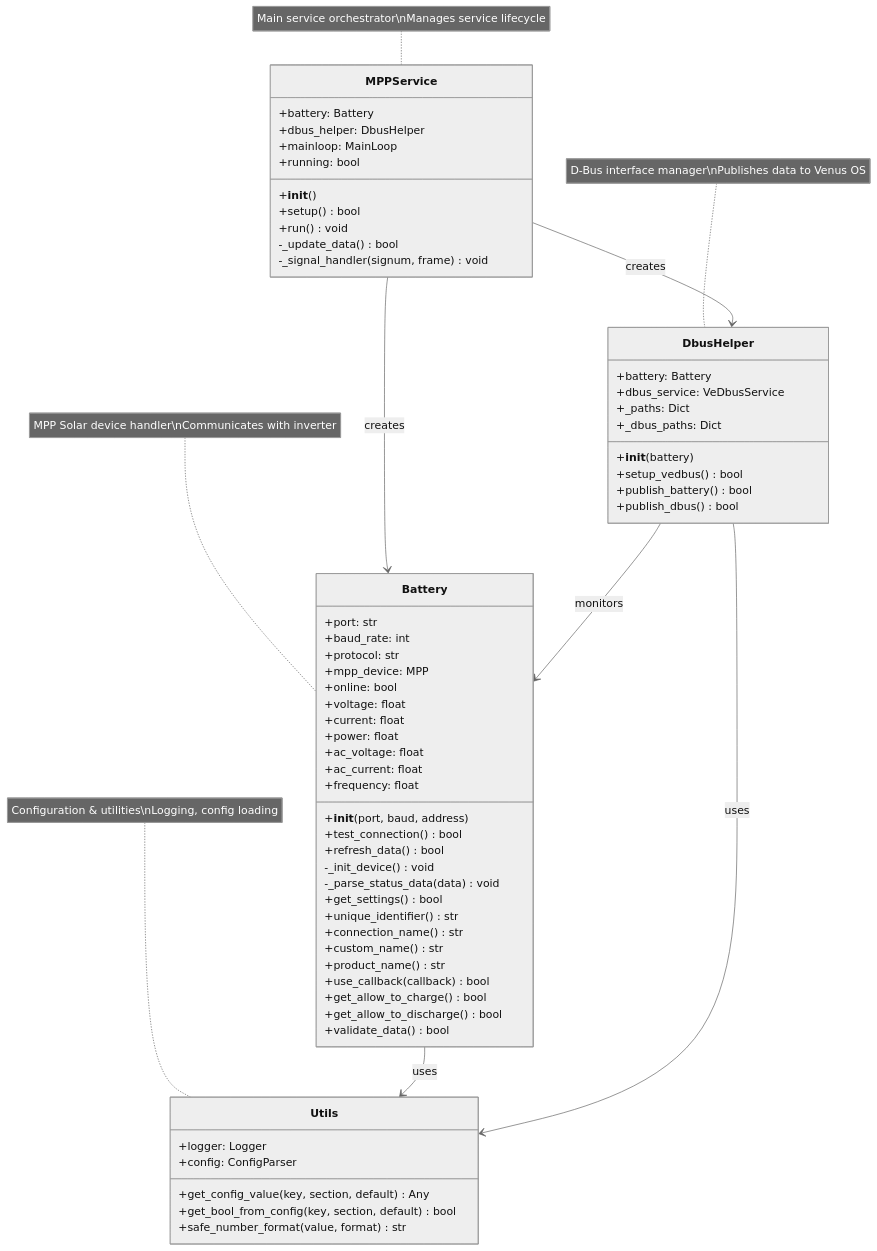
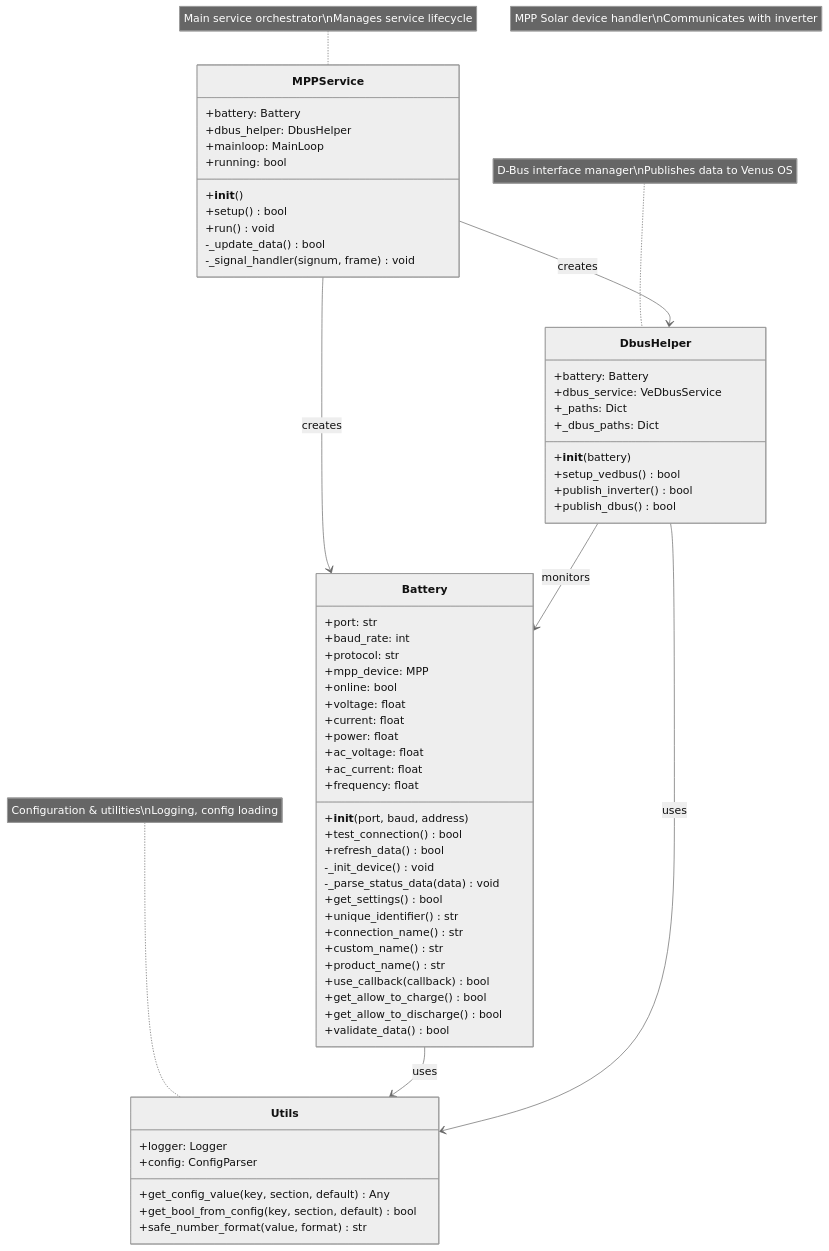
The first of 4 diagrams in README.md (spacecabbie/dbus-mppsolarv2), drawn with Mermaid (neutral theme) before and after one commit. The commit also changed other lines of this file and 13 other files, not shown here.

First line of the commit message:
feat: Complete MPP Solar Venus OS D-Bus service implementation

````diff
--- a/README.md
+++ b/README.md
@@ -575,72 +575,72 @@
 ```mermaid
 classDiagram
     class MPPService {
         +battery: Battery
         +dbus_helper: DbusHelper
         +mainloop: MainLoop
         +running: bool
         +__init__()
         +setup() bool
         +run() void
         -_update_data() bool
         -_signal_handler(signum, frame) void
     }
 
     class Battery {
         +port: str
         +baud_rate: int
         +protocol: str
         +mpp_device: MPP
         +online: bool
         +voltage: float
         +current: float
         +power: float
         +ac_voltage: float
         +ac_current: float
         +frequency: float
         +__init__(port, baud, address)
         +test_connection() bool
         +refresh_data() bool
         -_init_device() void
         -_parse_status_data(data) void
         +get_settings() bool
         +unique_identifier() str
         +connection_name() str
         +custom_name() str
         +product_name() str
         +use_callback(callback) bool
         +get_allow_to_charge() bool
         +get_allow_to_discharge() bool
         +validate_data() bool
     }
 
     class DbusHelper {
         +battery: Battery
         +dbus_service: VeDbusService
         +_paths: Dict
         +_dbus_paths: Dict
         +__init__(battery)
         +setup_vedbus() bool
-        +publish_battery() bool
+        +publish_inverter() bool
         +publish_dbus() bool
     }
 
     class Utils {
         +logger: Logger
         +config: ConfigParser
         +get_config_value(key, section, default) Any
         +get_bool_from_config(key, section, default) bool
         +safe_number_format(value, format) str
     }
 
     MPPService --> Battery : creates
     MPPService --> DbusHelper : creates
     Battery --> Utils : uses
     DbusHelper --> Utils : uses
     DbusHelper --> Battery : monitors
 
     note for MPPService "Main service orchestrator\nManages service lifecycle"
-    note for Battery "MPP Solar device handler\nCommunicates with inverter"
+    note for Inverter "MPP Solar device handler\nCommunicates with inverter"
     note for DbusHelper "D-Bus interface manager\nPublishes data to Venus OS"
     note for Utils "Configuration & utilities\nLogging, config loading"
 ```
````
